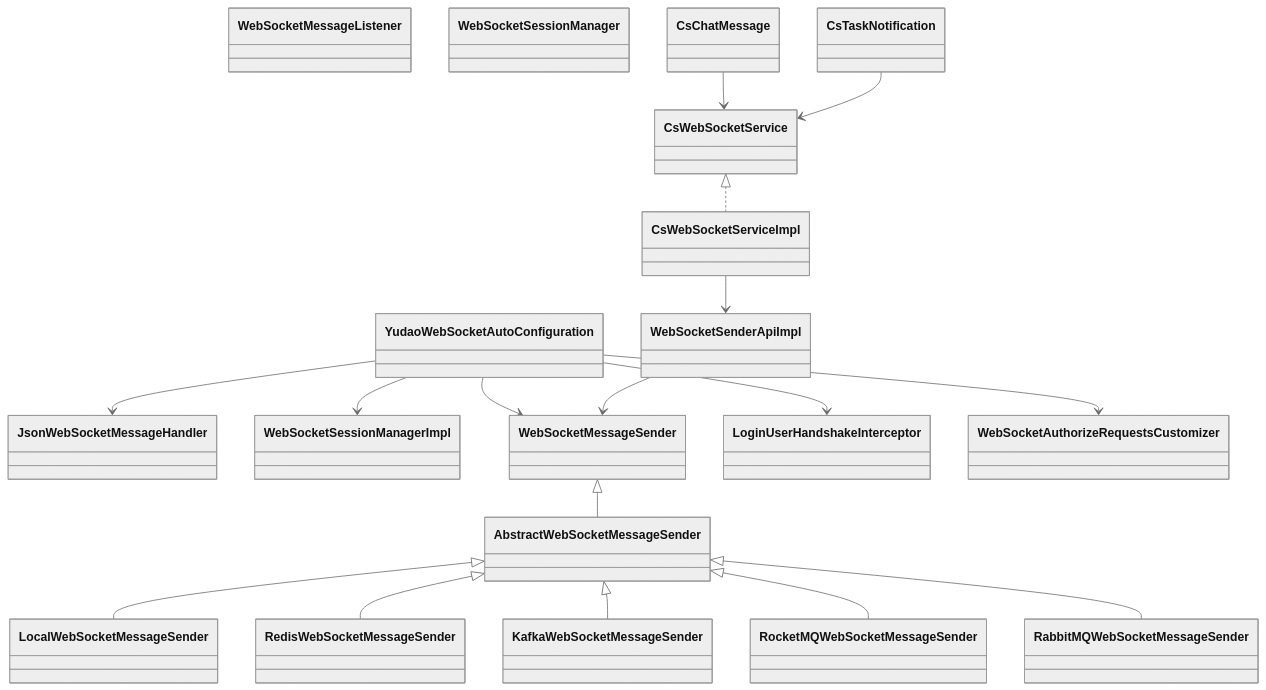
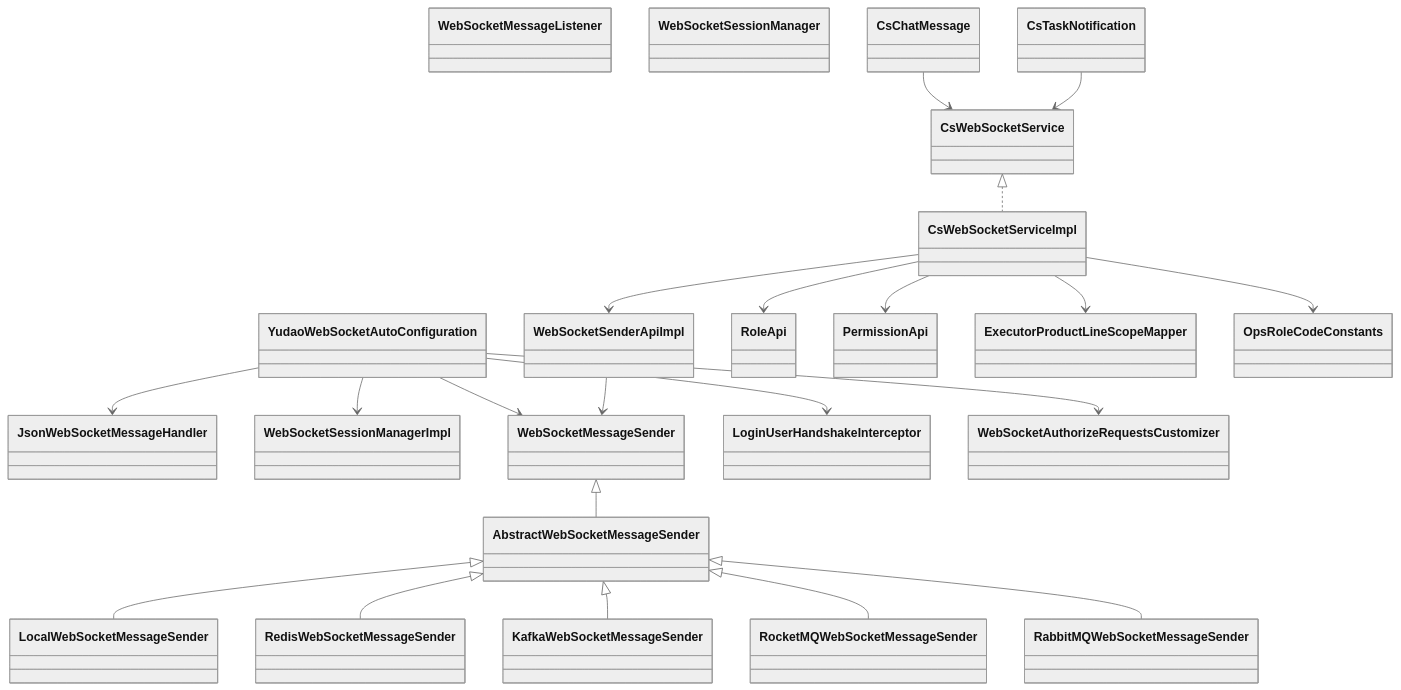
The ninth of 9 diagrams in .qoder/repowiki/zh/content/核心模块/即时通讯模块/WebSocket实时通信服务.md (xiaoche80s-tech/rouyi-vue-pro), drawn with Mermaid (neutral theme) before and after one commit. The commit also changed other lines of this file and 534 other files, not shown here.

````diff
--- a/.qoder/repowiki/zh/content/核心模块/即时通讯模块/WebSocket实时通信服务.md
+++ b/.qoder/repowiki/zh/content/核心模块/即时通讯模块/WebSocket实时通信服务.md
@@ -400,38 +482,46 @@
 ```mermaid
 classDiagram
 class YudaoWebSocketAutoConfiguration
 class JsonWebSocketMessageHandler
 class WebSocketMessageListener
 class WebSocketSessionManager
 class WebSocketSessionManagerImpl
 class WebSocketMessageSender
 class AbstractWebSocketMessageSender
 class LocalWebSocketMessageSender
 class RedisWebSocketMessageSender
 class KafkaWebSocketMessageSender
 class RocketMQWebSocketMessageSender
 class RabbitMQWebSocketMessageSender
 class LoginUserHandshakeInterceptor
 class WebSocketAuthorizeRequestsCustomizer
 class WebSocketSenderApiImpl
 class CsWebSocketService
 class CsWebSocketServiceImpl
 class CsChatMessage
 class CsTaskNotification
+class RoleApi
+class PermissionApi
+class ExecutorProductLineScopeMapper
+class OpsRoleCodeConstants
 YudaoWebSocketAutoConfiguration --> JsonWebSocketMessageHandler
 YudaoWebSocketAutoConfiguration --> WebSocketSessionManagerImpl
 YudaoWebSocketAutoConfiguration --> WebSocketMessageSender
 YudaoWebSocketAutoConfiguration --> LoginUserHandshakeInterceptor
 YudaoWebSocketAutoConfiguration --> WebSocketAuthorizeRequestsCustomizer
 WebSocketMessageSender <|-- AbstractWebSocketMessageSender
 AbstractWebSocketMessageSender <|-- LocalWebSocketMessageSender
 AbstractWebSocketMessageSender <|-- RedisWebSocketMessageSender
 AbstractWebSocketMessageSender <|-- KafkaWebSocketMessageSender
 AbstractWebSocketMessageSender <|-- RocketMQWebSocketMessageSender
 AbstractWebSocketMessageSender <|-- RabbitMQWebSocketMessageSender
 WebSocketSenderApiImpl --> WebSocketMessageSender
 CsWebSocketService <|.. CsWebSocketServiceImpl
 CsWebSocketServiceImpl --> WebSocketSenderApiImpl
+CsWebSocketServiceImpl --> RoleApi
+CsWebSocketServiceImpl --> PermissionApi
+CsWebSocketServiceImpl --> ExecutorProductLineScopeMapper
+CsWebSocketServiceImpl --> OpsRoleCodeConstants
 CsChatMessage --> CsWebSocketService
 CsTaskNotification --> CsWebSocketService
 ```
````
